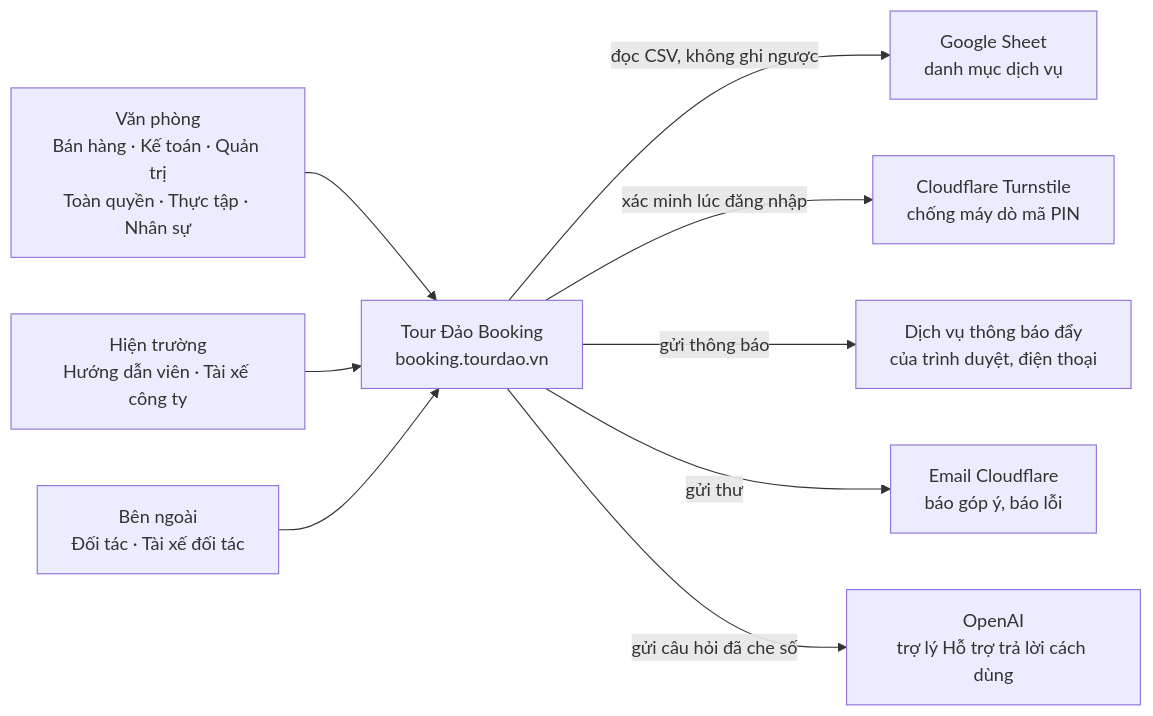
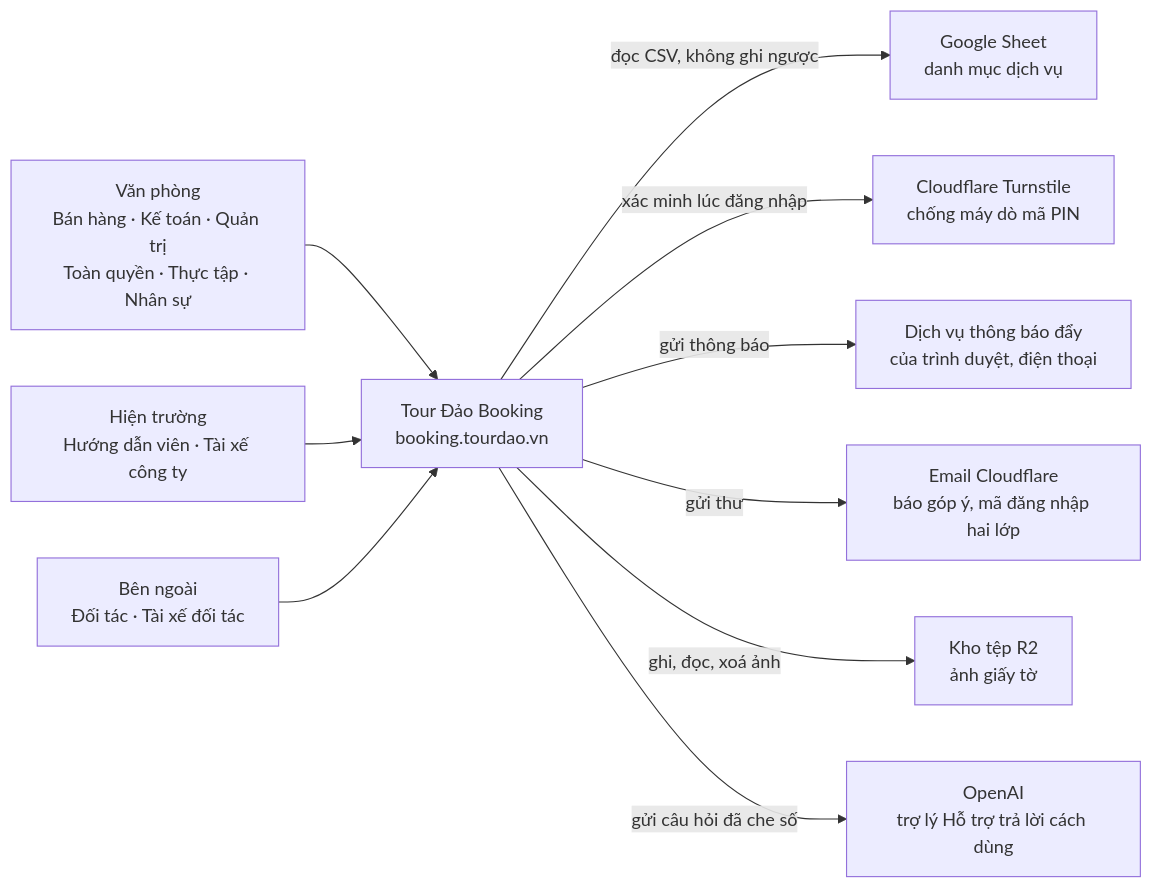
One commit to luutuanvu1010/tourdaobooking changed the first of 5 diagrams in docs/so-do-kien-truc/README.md. Above: the diagram before and after it, drawn with Mermaid. The commit also changed other lines of this file and 3 other files, not shown here.

````diff
--- a/docs/so-do-kien-truc/README.md
+++ b/docs/so-do-kien-truc/README.md
@@ -81,20 +82,22 @@
 ```mermaid
 flowchart LR
   VP["Văn phòng<br/>Bán hàng · Kế toán · Quản trị<br/>Toàn quyền · Thực tập · Nhân sự"]
   HT["Hiện trường<br/>Hướng dẫn viên · Tài xế công ty"]
   BN["Bên ngoài<br/>Đối tác · Tài xế đối tác"]
   TDB["Tour Đảo Booking<br/>booking.tourdao.vn"]
   GS["Google Sheet<br/>danh mục dịch vụ"]
   TS["Cloudflare Turnstile<br/>chống máy dò mã PIN"]
   WP["Dịch vụ thông báo đẩy<br/>của trình duyệt, điện thoại"]
-  EM["Email Cloudflare<br/>báo góp ý, báo lỗi"]
+  EM["Email Cloudflare<br/>báo góp ý, mã đăng nhập hai lớp"]
+  KT["Kho tệp R2<br/>ảnh giấy tờ"]
   AI["OpenAI<br/>trợ lý Hỗ trợ trả lời cách dùng"]
   VP --> TDB
   HT --> TDB
   BN --> TDB
   TDB -->|"đọc CSV, không ghi ngược"| GS
   TDB -->|"xác minh lúc đăng nhập"| TS
   TDB -->|"gửi thông báo"| WP
   TDB -->|"gửi thư"| EM
+  TDB -->|"ghi, đọc, xoá ảnh"| KT
   TDB -->|"gửi câu hỏi đã che số"| AI
 ```
````
